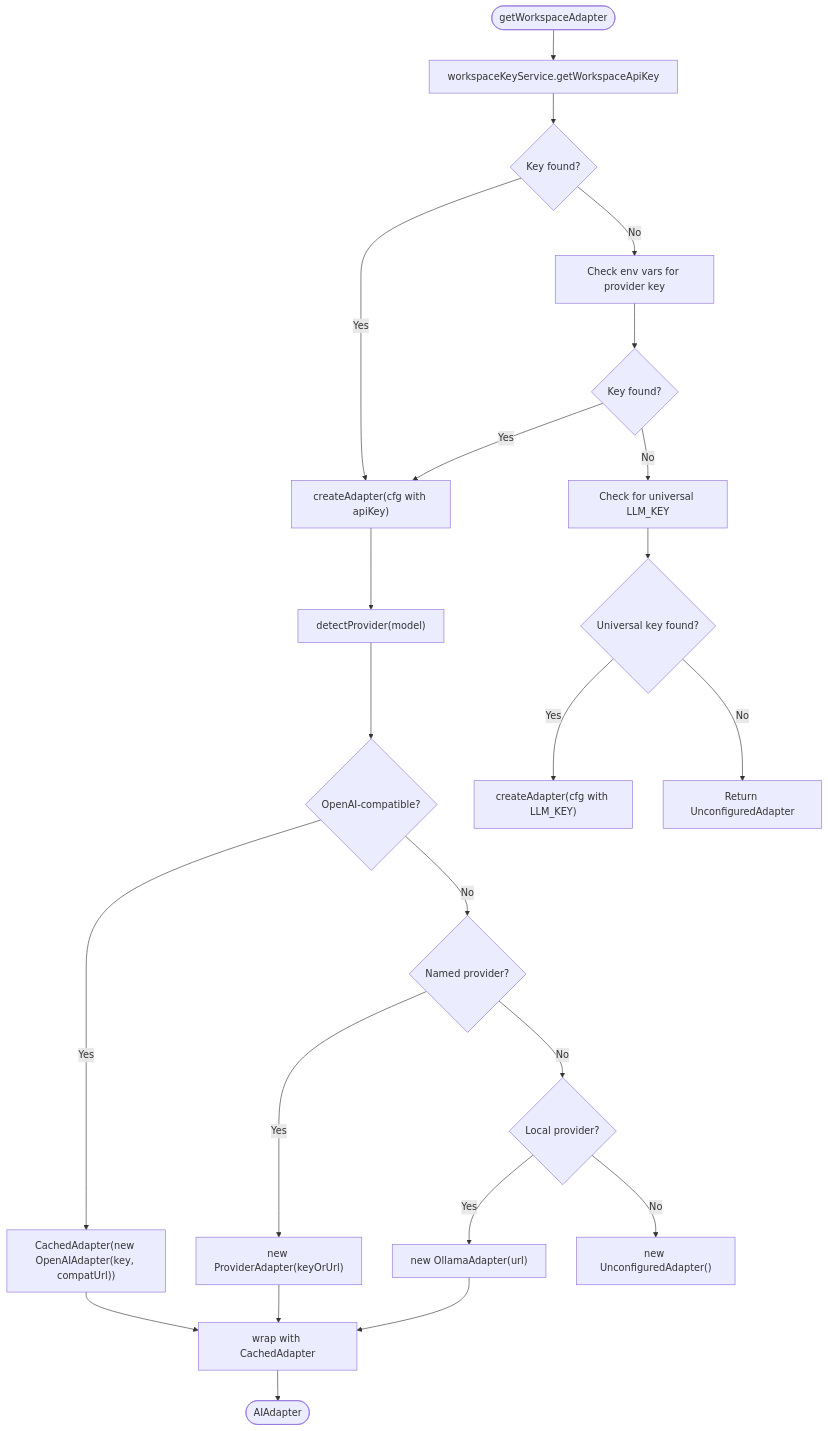
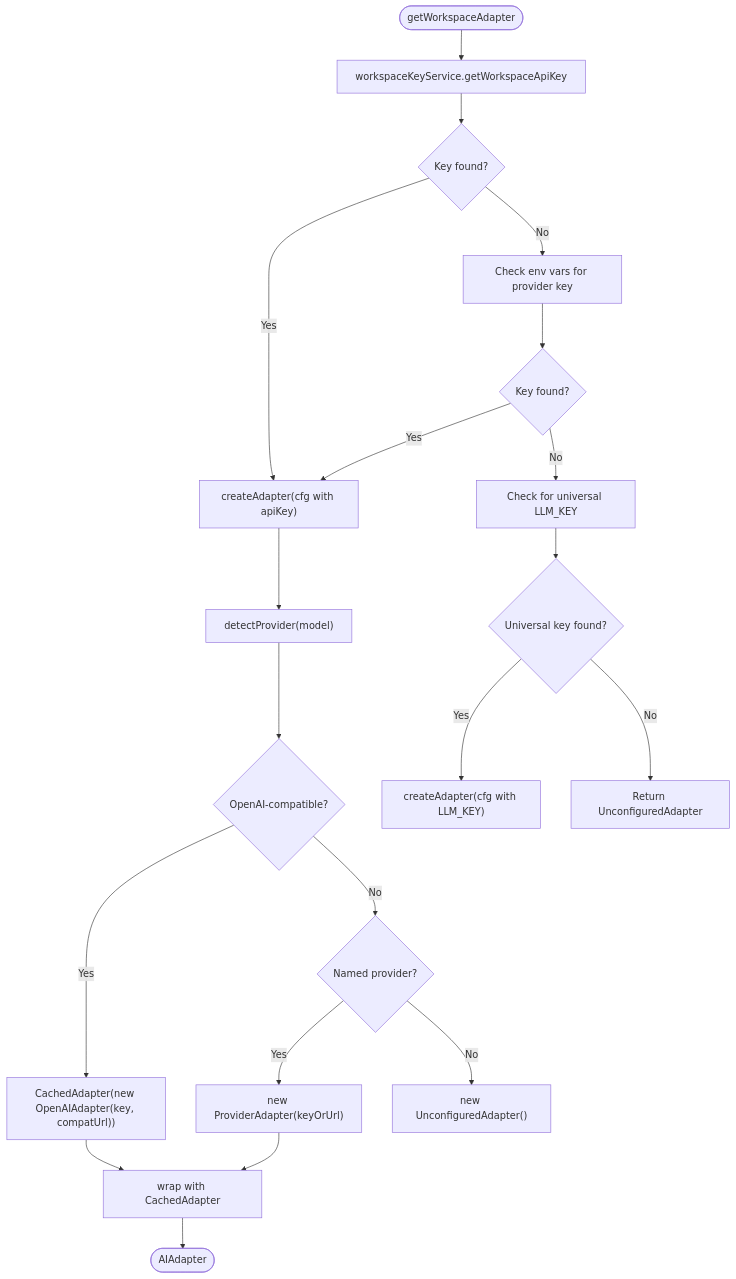
The fourth of 10 diagrams in .qoder/repowiki/en/content/Architecture & Design/Layered Architecture/Business Logic Layer/AI Provider Adapter System.md (shekhargiri005-dotcom/AI-powered-accessibility-first-UI-engine), drawn with Mermaid before and after one commit. The commit also changed other lines of this file and 7 other files, not shown here.

````diff
--- a/.qoder/repowiki/en/content/Architecture & Design/Layered Architecture/Business Logic Layer/AI Provider Adapter System.md
+++ b/.qoder/repowiki/en/content/Architecture & Design/Layered Architecture/Business Logic Layer/AI Provider Adapter System.md
@@ -230,25 +227,22 @@
 ```mermaid
 flowchart TD
 Start(["getWorkspaceAdapter"]) --> DB["workspaceKeyService.getWorkspaceApiKey"]
 DB --> Found{"Key found?"}
 Found -- Yes --> Create["createAdapter(cfg with apiKey)"]
 Found -- No --> Env["Check env vars for provider key"]
 Env --> HasKey{"Key found?"}
 HasKey -- Yes --> Create
 HasKey -- No --> Universal["Check for universal LLM_KEY"]
 Universal --> UniFound{"Universal key found?"}
 UniFound -- Yes --> CreateUni["createAdapter(cfg with LLM_KEY)"]
 UniFound -- No --> Fallback["Return UnconfiguredAdapter"]
 Create --> Detect["detectProvider(model)"]
 Detect --> Compat{"OpenAI-compatible?"}
 Compat -- Yes --> OpenAI["CachedAdapter(new OpenAIAdapter(key, compatUrl))"]
 Compat -- No --> Named{"Named provider?"}
 Named -- Yes --> NewAdapter["new ProviderAdapter(keyOrUrl)"]
-Named -- No --> Local{"Local provider?"}
-Local -- Yes --> Ollama["new OllamaAdapter(url)"]
-Local -- No --> Unconfigured["new UnconfiguredAdapter()"]
+Named -- No --> Unconfigured["new UnconfiguredAdapter()"]
 OpenAI --> CacheWrap["wrap with CachedAdapter"]
 NewAdapter --> CacheWrap
-Ollama --> CacheWrap
 CacheWrap --> End(["AIAdapter"])
 ```
````
